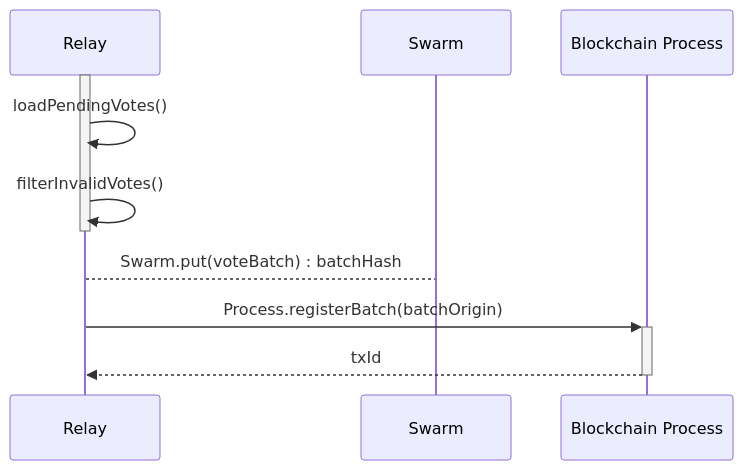
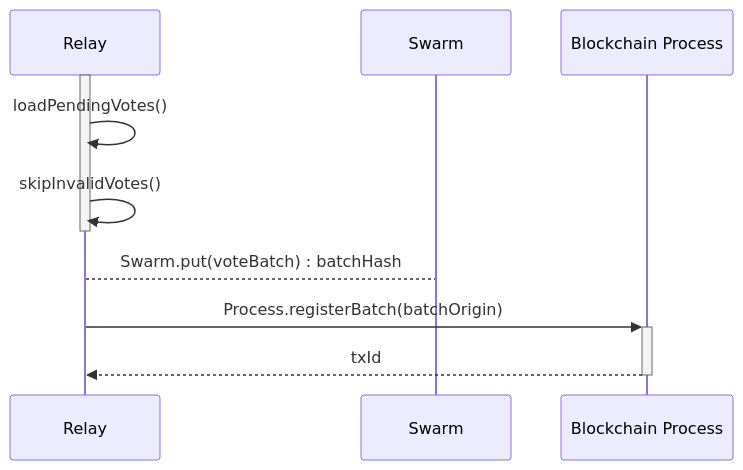
Before and after one commit to vocdoni/docs: diagram 12 of 15 in docs/protocol/sequence-diagrams.md, drawn with Mermaid. The commit also changed other lines of this file and 2 other files, not shown here.

````diff
--- a/docs/protocol/sequence-diagrams.md
+++ b/docs/protocol/sequence-diagrams.md
@@ -370,17 +370,17 @@
 ```mermaid
 sequenceDiagram
     participant RL as Relay
     participant SW as Swarm
     participant BC as Blockchain Process
 
     activate RL
         RL->>RL: loadPendingVotes()
-        RL->>RL: filterInvalidVotes()
+        RL->>RL: skipInvalidVotes()
     deactivate RL
 
     RL-->SW: Swarm.put(voteBatch) : batchHash
 
     RL->>+BC: Process.registerBatch(batchOrigin)
     BC-->>-RL: txId
 
 ```
````
